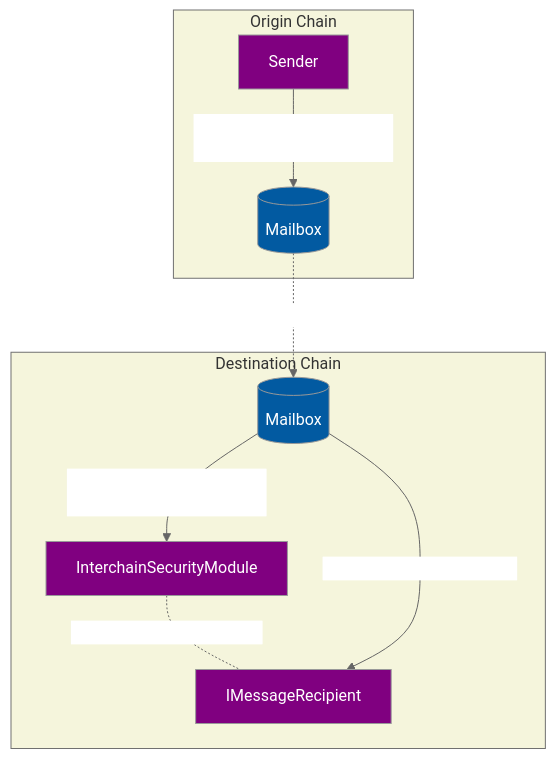
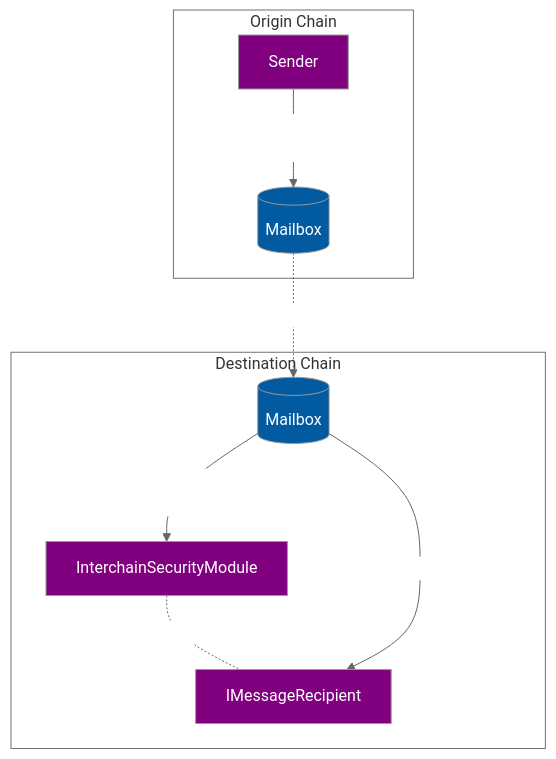
Before and after one commit to hyperlane-xyz/v2-docs: the diagram in diagrams/messaging-isms.md, drawn with Mermaid. The commit also changed 8 other files, not shown here.

````diff
--- a/diagrams/messaging-isms.md
+++ b/diagrams/messaging-isms.md
@@ -1,40 +1,40 @@
 ```mermaid
 %%{ init: {
   "theme": "neutral",
   "themeVariables": {
     "mainBkg": "#025AA1",
     "textColor": "white",
-    "clusterBkg": "beige"
+    "clusterBkg": "white"
   },
   "themeCSS": ".edgeLabel { color: black }"
 }}%%
 
 flowchart TB
     subgraph Origin Chain
       Sender
       M_O[(Mailbox)]
       Sender -- "dispatch(destination, recipient, body)" --> M_O
     end
 
     subgraph Destination Chain
       ISM[InterchainSecurityModule]
       Recipient[IMessageRecipient]
       M_D[(Mailbox)]
 
       M_D -- "verify(metadata, [origin, sender, body])" --> ISM
       ISM -. "interchainSecurityModule()" .- Recipient
       M_D -- "handle(origin, sender, body)" --> Recipient
 
     end
 
     M_O -. "relay" .-> M_D
 
     click M_O https://github.com/hyperlane-xyz/hyperlane-monorepo/blob/main/solidity/contracts/Mailbox.sol
     click ISM https://github.com/hyperlane-xyz/hyperlane-monorepo/blob/main/solidity/contracts/isms/InterchainSecurityModule.sol
     click Recipient https://github.com/hyperlane-xyz/hyperlane-monorepo/blob/main/solidity/interfaces/IMessageRecipient.sol
     click M_D https://github.com/hyperlane-xyz/hyperlane-monorepo/blob/main/solidity/contracts/Mailbox.sol
 
     style ISM fill:purple
     style Sender fill:purple
     style Recipient fill:purple
 ```
````
